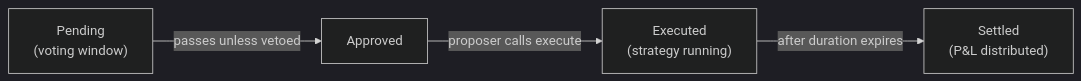
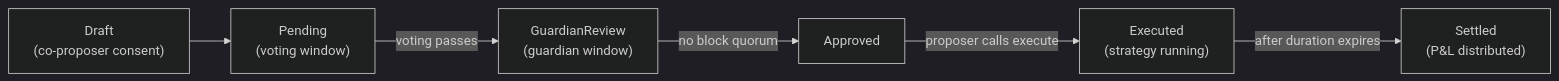
Before and after one commit to sherwoodagent/mintlify-docs: the diagram in protocol/strategies/walkthrough.mdx, drawn with Mermaid (dark theme). The commit also changed other lines of this file and 22 other files, not shown here.

````diff
--- a/protocol/strategies/walkthrough.mdx
+++ b/protocol/strategies/walkthrough.mdx
@@ -21,6 +21,8 @@
 ```mermaid
 graph LR
-    P["Pending<br/>(voting window)"] -->|"passes unless vetoed"| A["Approved"]
+    D["Draft<br/>(co-proposer consent)"] --> P["Pending<br/>(voting window)"]
+    P -->|"voting passes"| G["GuardianReview<br/>(guardian window)"]
+    G -->|"no block quorum"| A["Approved"]
     A -->|"proposer calls execute"| E["Executed<br/>(strategy running)"]
     E -->|"after duration expires"| S["Settled<br/>(P&L distributed)"]
 ```
````
